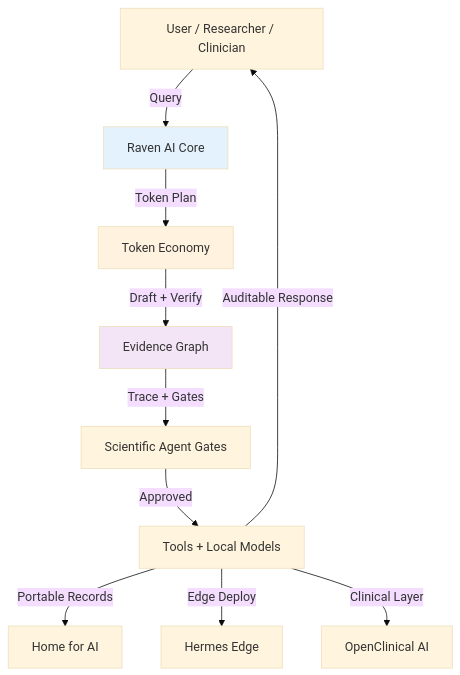
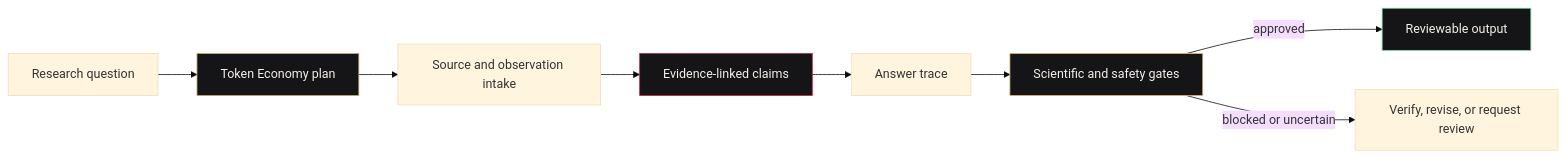
Before and after one commit to simpliibarrii-crypto/raven-ai: the diagram in README.md, drawn with Mermaid (base theme). The commit also changed other lines of this file, not shown here.

Commit message:
brand: synchronize Raven AI flagship presentation

````diff
--- a/README.md
+++ b/README.md
@@ -78,16 +35,15 @@
 ```mermaid
-flowchart TD
-    User[User / Researcher / Clinician] -->|Query| Raven[Raven AI Core]
-    Raven -->|Token Plan| Economy[Token Economy]
-    Economy -->|Draft + Verify| Evidence[Evidence Graph]
-    Evidence -->|Trace + Gates| Gates[Scientific Agent Gates]
-    Gates -->|Approved| Executor[Tools + Local Models]
-    Executor -->|Auditable Response| User
-    Executor -->|Portable Records| HomeForAI[Home for AI]
-    Executor -->|Edge Deploy| Hermes[Hermes Edge]
-    Executor -->|Clinical Layer| OpenClinical[OpenClinical AI]
-    
-    style Raven fill:#E3F2FD
-    style Evidence fill:#F3E5F5
-    style Economy fill:#FFF3E0
+flowchart LR
+    Query[Research question] --> Plan[Token Economy plan]
+    Plan --> Sources[Source and observation intake]
+    Sources --> Claims[Evidence-linked claims]
+    Claims --> Trace[Answer trace]
+    Trace --> Gates[Scientific and safety gates]
+    Gates -->|approved| Output[Reviewable output]
+    Gates -->|blocked or uncertain| Escalate[Verify, revise, or request review]
+
+    style Plan fill:#151518,stroke:#C9AD7D,color:#F4EFE7
+    style Claims fill:#151518,stroke:#C8273F,color:#F4EFE7
+    style Gates fill:#151518,stroke:#E2B96F,color:#F4EFE7
+    style Output fill:#151518,stroke:#78D7A0,color:#F4EFE7
 ```
````
